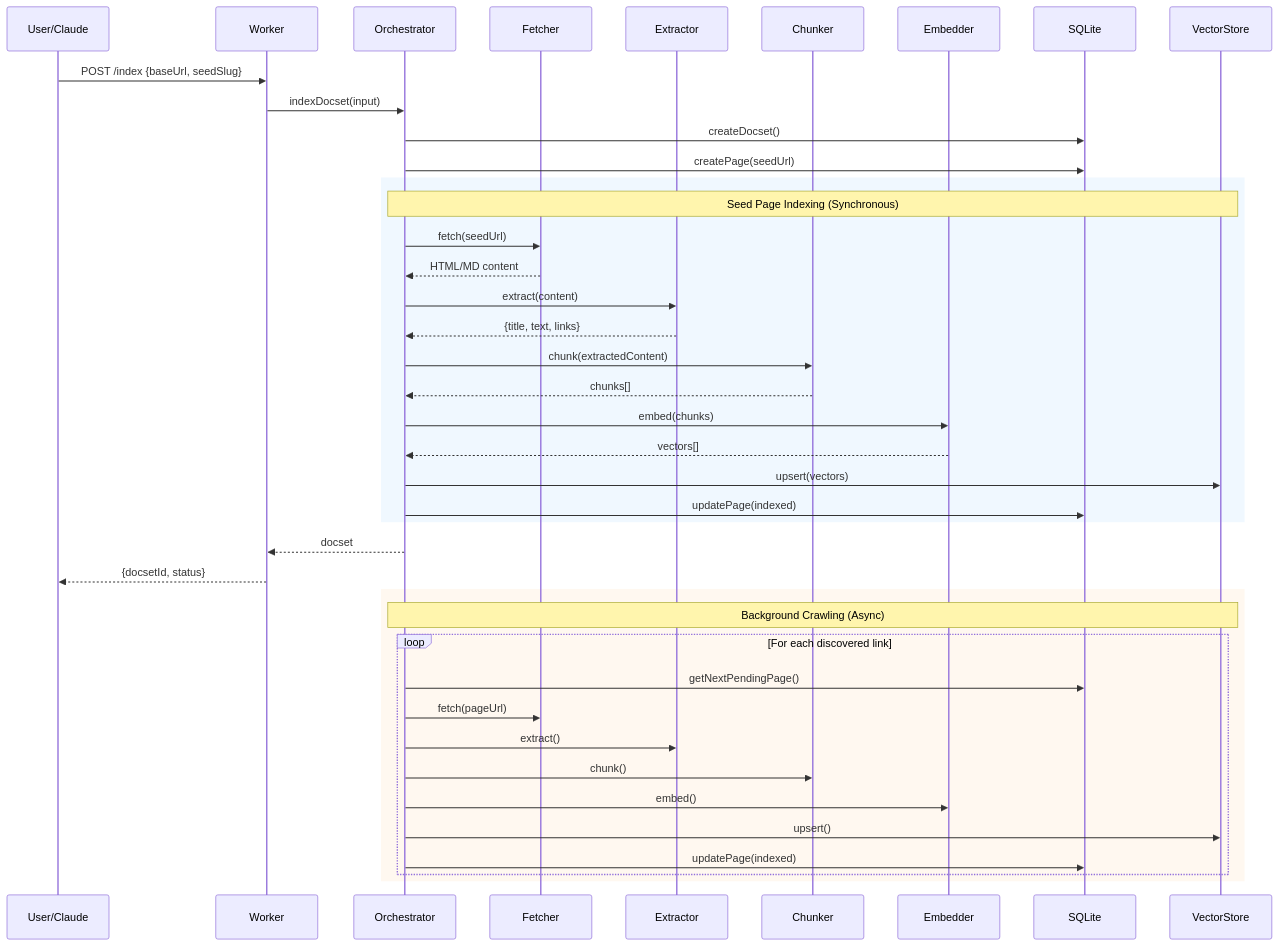
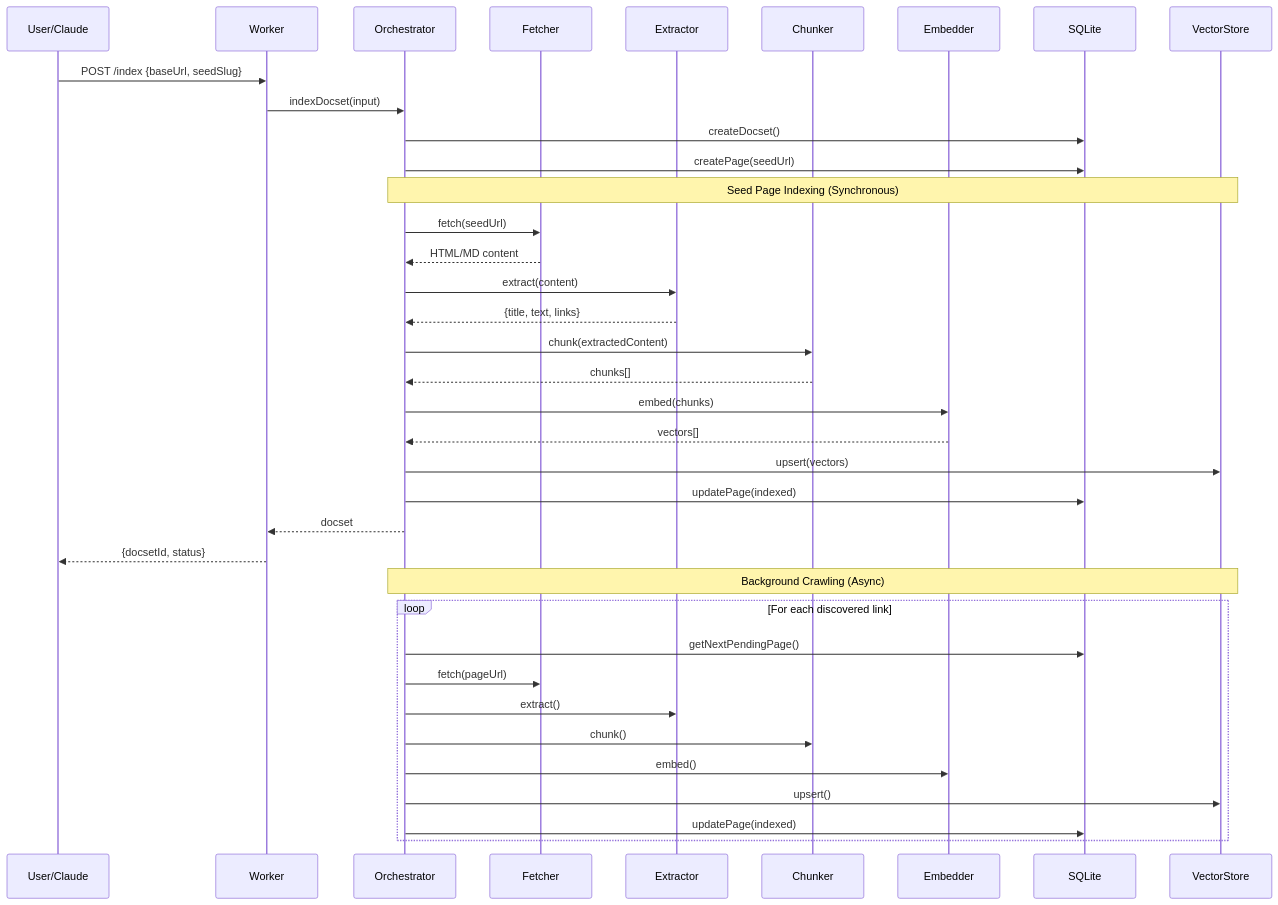
Before and after one commit to JagjeevanAK/mem-oracle: the second of 4 diagrams in README.md, drawn with Mermaid. The commit also changed other lines of this file and 15 other files, not shown here.

````diff
--- a/README.md
+++ b/README.md
@@ -230,47 +247,43 @@
 ```mermaid
 sequenceDiagram
     participant U as User/Claude
     participant W as Worker
     participant O as Orchestrator
     participant F as Fetcher
     participant E as Extractor
     participant C as Chunker
     participant EM as Embedder
     participant DB as SQLite
     participant VS as VectorStore
 
     U->>W: POST /index {baseUrl, seedSlug}
     W->>O: indexDocset(input)
     O->>DB: createDocset()
     O->>DB: createPage(seedUrl)
     
-    rect rgb(240, 248, 255)
-        Note over O,VS: Seed Page Indexing (Synchronous)
-        O->>F: fetch(seedUrl)
-        F-->>O: HTML/MD content
-        O->>E: extract(content)
-        E-->>O: {title, text, links}
-        O->>C: chunk(extractedContent)
-        C-->>O: chunks[]
-        O->>EM: embed(chunks)
-        EM-->>O: vectors[]
-        O->>VS: upsert(vectors)
-        O->>DB: updatePage(indexed)
-    end
+    Note over O,VS: Seed Page Indexing (Synchronous)
+    O->>F: fetch(seedUrl)
+    F-->>O: HTML/MD content
+    O->>E: extract(content)
+    E-->>O: {title, text, links}
+    O->>C: chunk(extractedContent)
+    C-->>O: chunks[]
+    O->>EM: embed(chunks)
+    EM-->>O: vectors[]
+    O->>VS: upsert(vectors)
+    O->>DB: updatePage(indexed)
 
     O-->>W: docset
     W-->>U: {docsetId, status}
 
-    rect rgb(255, 248, 240)
-        Note over O,VS: Background Crawling (Async)
-        loop For each discovered link
-            O->>DB: getNextPendingPage()
-            O->>F: fetch(pageUrl)
-            O->>E: extract()
-            O->>C: chunk()
-            O->>EM: embed()
-            O->>VS: upsert()
-            O->>DB: updatePage(indexed)
-        end
+    Note over O,VS: Background Crawling (Async)
+    loop For each discovered link
+        O->>DB: getNextPendingPage()
+        O->>F: fetch(pageUrl)
+        O->>E: extract()
+        O->>C: chunk()
+        O->>EM: embed()
+        O->>VS: upsert()
+        O->>DB: updatePage(indexed)
     end
 ```
````
